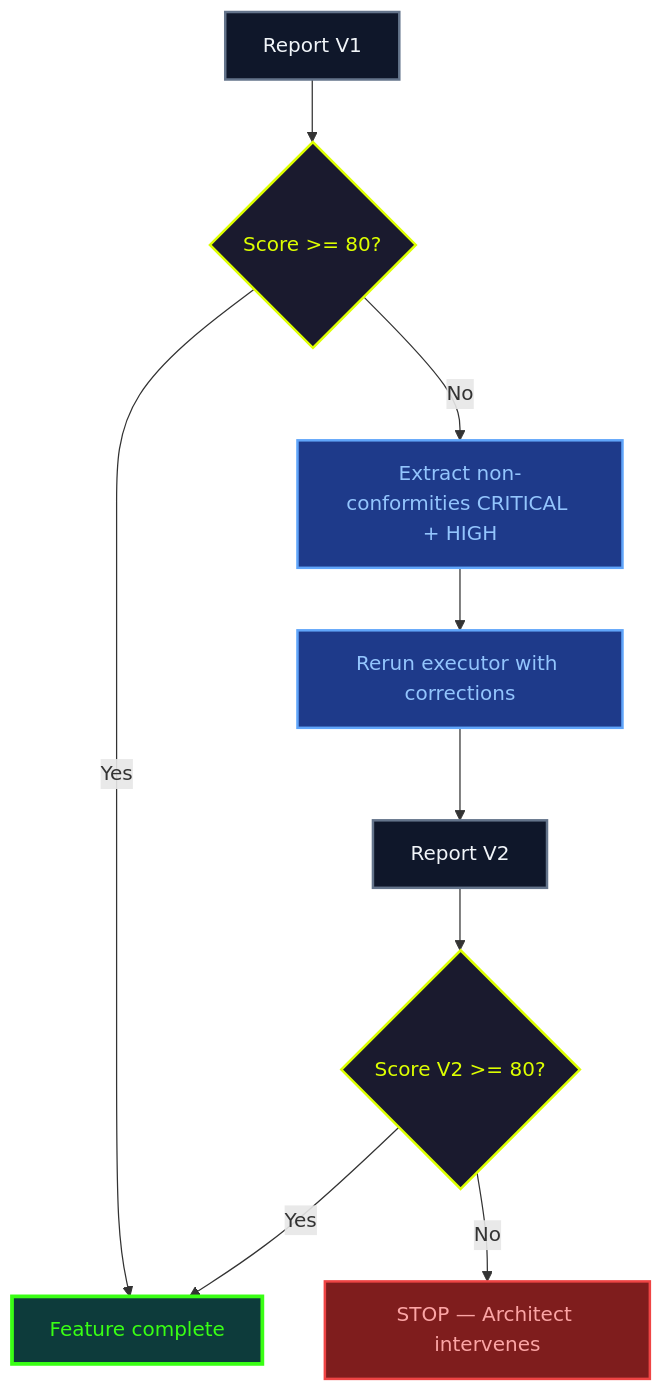
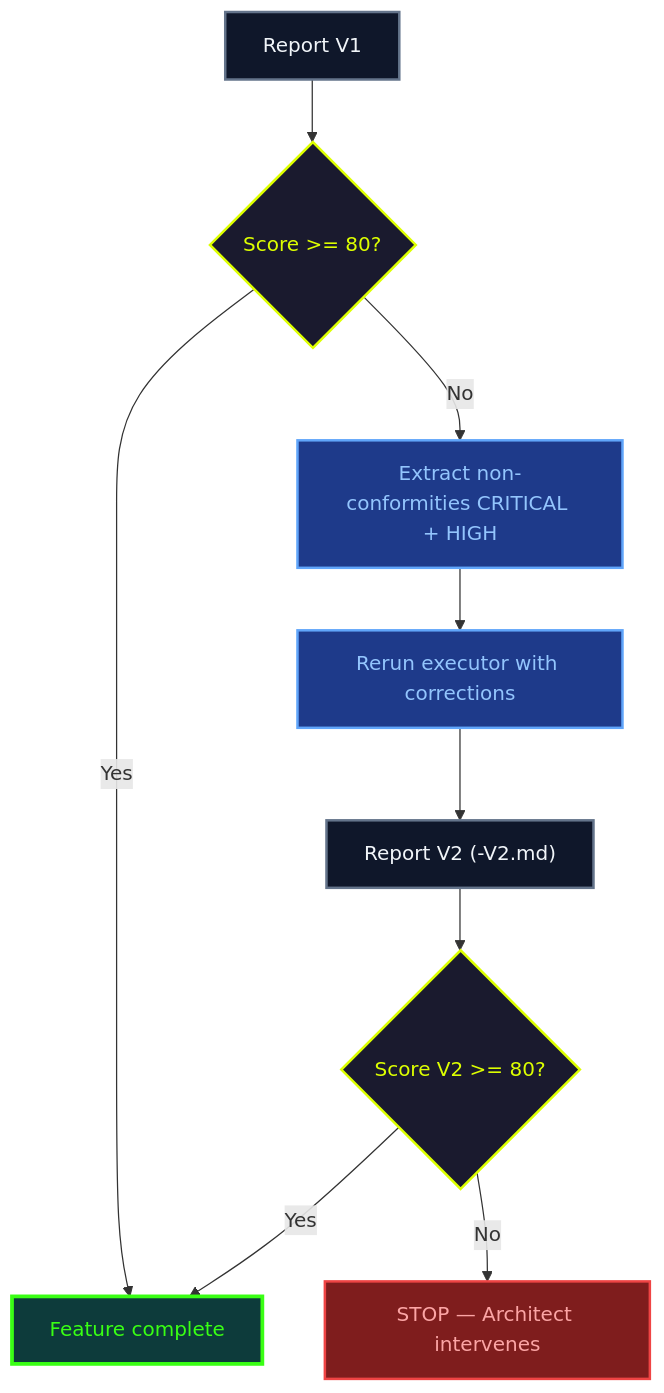
Before and after one commit to fondative/claude-code-ecosystem: diagram 13 of 15 in docs/en/guide/methodology.md, drawn with Mermaid. The commit also changed other lines of this file and 260 other files, not shown here.

````diff
--- a/docs/en/guide/methodology.md
+++ b/docs/en/guide/methodology.md
@@ -527,32 +557,32 @@
 ```mermaid
 graph TB
     R["Report V1"]
     CHECK{"Score >= 80?"}
     OK["Feature complete"]
     FIX["Extract non-conformities CRITICAL + HIGH"]
     EXEC["Rerun executor with corrections"]
-    R2["Report V2"]
+    R2["Report V2 (-V2.md)"]
     CHECK2{"Score V2 >= 80?"}
     STOP["STOP — Architect intervenes"]
 
     R --> CHECK
     CHECK -->|Yes| OK
     CHECK -->|No| FIX
     FIX --> EXEC
     EXEC --> R2
     R2 --> CHECK2
     CHECK2 -->|Yes| OK
     CHECK2 -->|No| STOP
 
     classDef input fill:#0f172a,stroke:#64748b,stroke-width:2px,color:#f1f5f9
     classDef check fill:#1a1a2e,stroke:#ddff00,stroke-width:2px,color:#ddff00
     classDef ok fill:#0d3b3b,stroke:#39ff14,stroke-width:3px,color:#39ff14
     classDef fix fill:#1e3a8a,stroke:#60a5fa,stroke-width:2px,color:#93c5fd
     classDef stop fill:#7f1d1d,stroke:#ef4444,stroke-width:2px,color:#fca5a5
 
     class R,R2 input
     class CHECK,CHECK2 check
     class OK ok
     class FIX,EXEC fix
     class STOP stop
 ```
````
